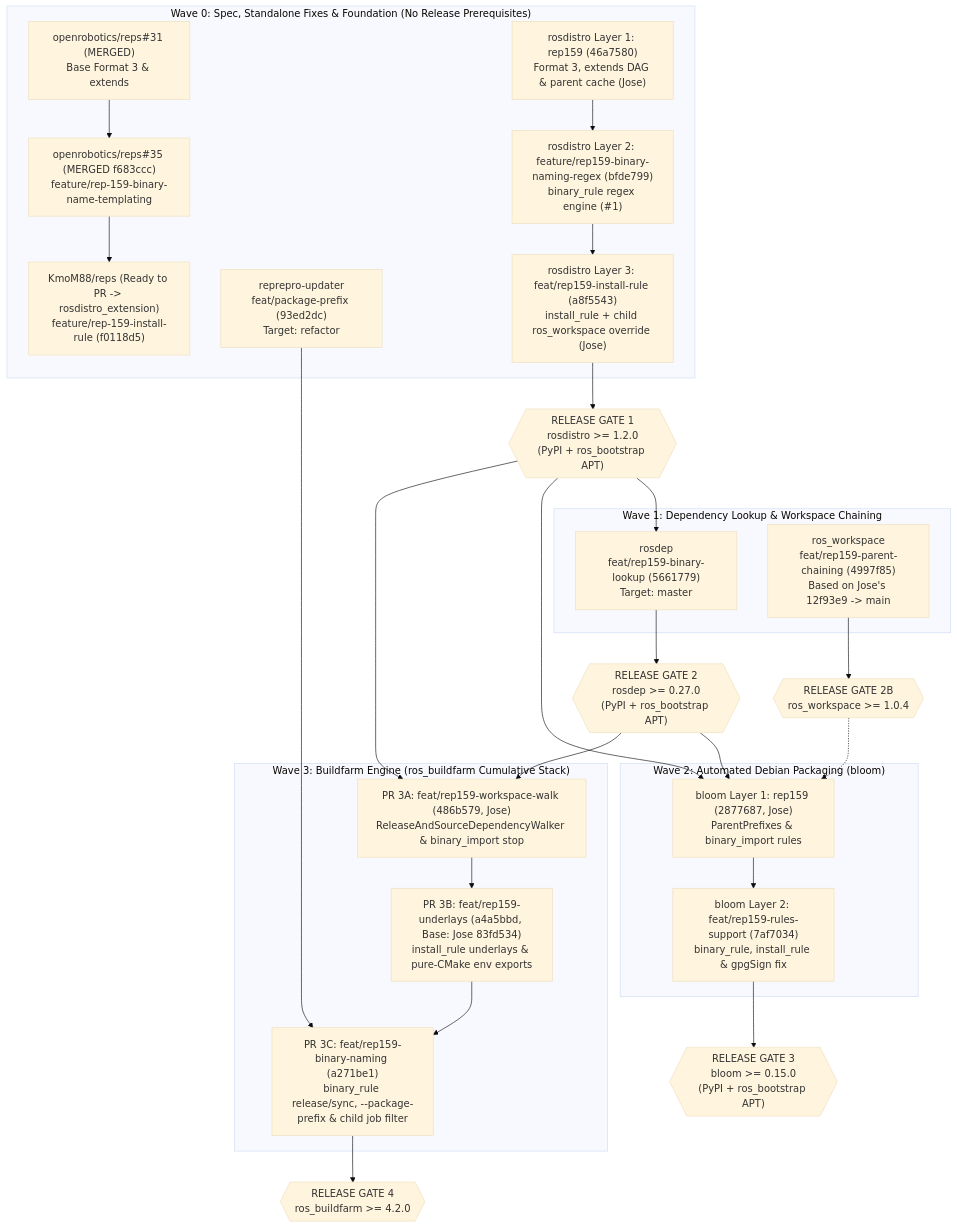
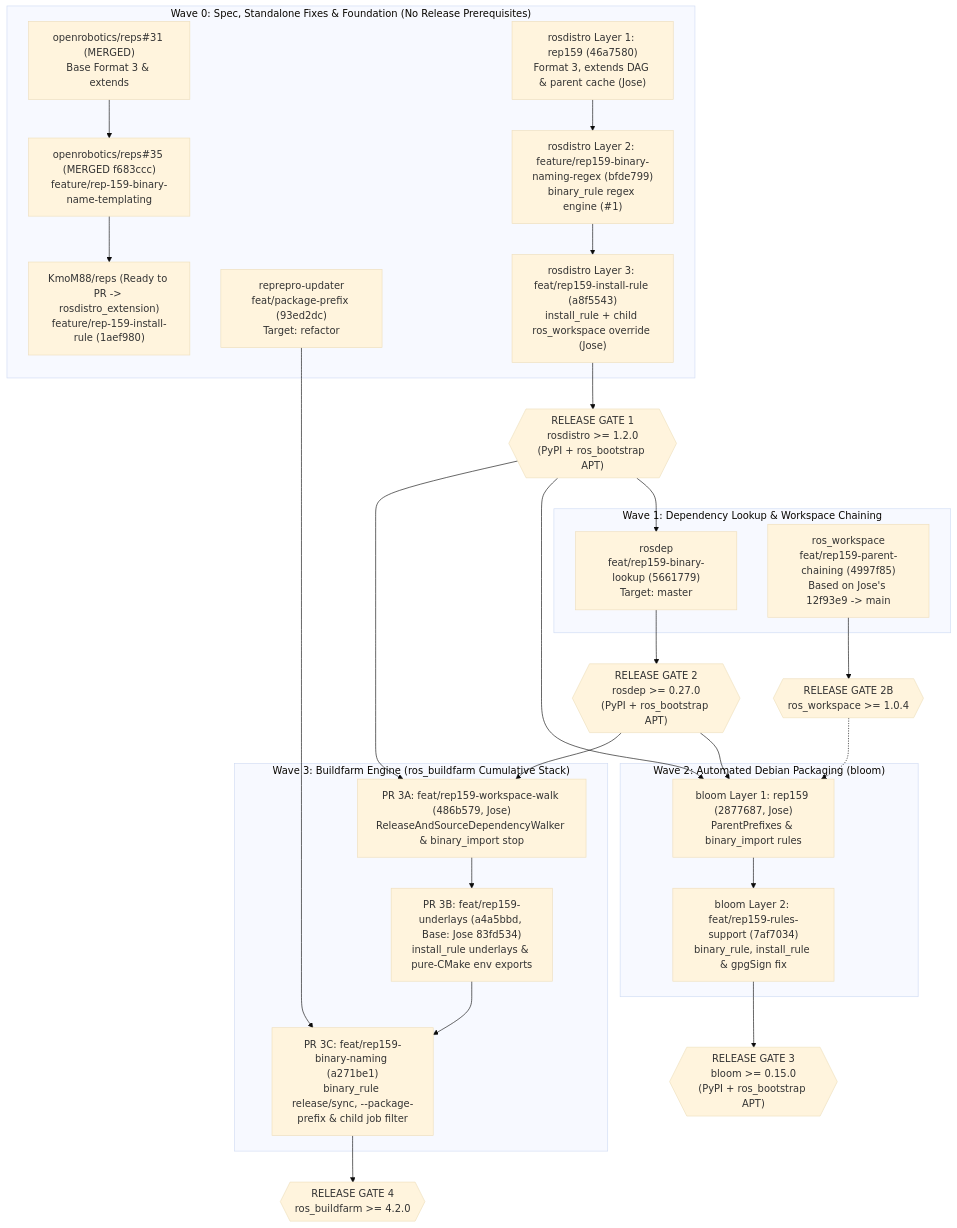
One commit to KmoM88/rep159-testing changed the first of 2 diagrams in ROLLOUT_PLAN.md. Above: the diagram before and after it, drawn with Mermaid (base theme). The commit also changed other lines of this file, not shown here.

Commit message:
docs: update REP-159 draft (1aef980) and extendable progressive roadmap through ROS + Gazebo

````diff
--- a/ROLLOUT_PLAN.md
+++ b/ROLLOUT_PLAN.md
@@ -13,41 +13,41 @@
 ```mermaid
 flowchart TD
     subgraph Wave0 ["Wave 0: Spec, Standalone Fixes & Foundation (No Release Prerequisites)"]
         REPS1["openrobotics/reps#31 (MERGED)<br/>Base Format 3 & extends"] --> REPS2["openrobotics/reps#35 (MERGED f683ccc)<br/>feature/rep-159-binary-name-templating"]
-        REPS2 --> REPS3["KmoM88/reps (Ready to PR -> rosdistro_extension)<br/>feature/rep-159-install-rule (f0118d5)"]
+        REPS2 --> REPS3["KmoM88/reps (Ready to PR -> rosdistro_extension)<br/>feature/rep-159-install-rule (1aef980)"]
 
         REPREPRO["reprepro-updater<br/>feat/package-prefix (93ed2dc)<br/>Target: refactor"]
 
         RD1["rosdistro Layer 1: rep159 (46a7580)<br/>Format 3, extends DAG & parent cache (Jose)"] --> RD2["rosdistro Layer 2: feature/rep159-binary-naming-regex (bfde799)<br/>binary_rule regex engine (#1)"]
         RD2 --> RD3["rosdistro Layer 3: feat/rep159-install-rule (a8f5543)<br/>install_rule + child ros_workspace override (Jose)"]
     end
 
     RD3 --> GATE1{{"RELEASE GATE 1<br/>rosdistro >= 1.2.0<br/>(PyPI + ros_bootstrap APT)"}}
 
     subgraph Wave1 ["Wave 1: Dependency Lookup & Workspace Chaining"]
         ROSDEP["rosdep<br/>feat/rep159-binary-lookup (5661779)<br/>Target: master"]
         WS["ros_workspace<br/>feat/rep159-parent-chaining (4997f85)<br/>Based on Jose's 12f93e9 -> main"]
     end
 
     GATE1 --> ROSDEP --> GATE2{{"RELEASE GATE 2<br/>rosdep >= 0.27.0<br/>(PyPI + ros_bootstrap APT)"}}
     WS --> GATE2B{{"RELEASE GATE 2B<br/>ros_workspace >= 1.0.4"}}
 
     subgraph Wave2 ["Wave 2: Automated Debian Packaging (bloom)"]
         BL1["bloom Layer 1: rep159 (2877687, Jose)<br/>ParentPrefixes & binary_import rules"] --> BL2["bloom Layer 2: feat/rep159-rules-support (7af7034)<br/>binary_rule, install_rule & gpgSign fix"]
     end
 
     GATE1 --> BL1
     GATE2 --> BL1
     GATE2B -.-> BL1
     BL2 --> GATE3{{"RELEASE GATE 3<br/>bloom >= 0.15.0<br/>(PyPI + ros_bootstrap APT)"}}
 
     subgraph Wave3 ["Wave 3: Buildfarm Engine (ros_buildfarm Cumulative Stack)"]
         BF1["PR 3A: feat/rep159-workspace-walk (486b579, Jose)<br/>ReleaseAndSourceDependencyWalker & binary_import stop"] --> BF2["PR 3B: feat/rep159-underlays (a4a5bbd, Base: Jose 83fd534)<br/>install_rule underlays & pure-CMake env exports"]
         BF2 --> BF3["PR 3C: feat/rep159-binary-naming (a271be1)<br/>binary_rule release/sync, --package-prefix & child job filter"]
     end
 
     GATE1 --> BF1
     GATE2 --> BF1
     REPREPRO --> BF3
     BF3 --> GATE4{{"RELEASE GATE 4<br/>ros_buildfarm >= 4.2.0"}}
 ```
````
